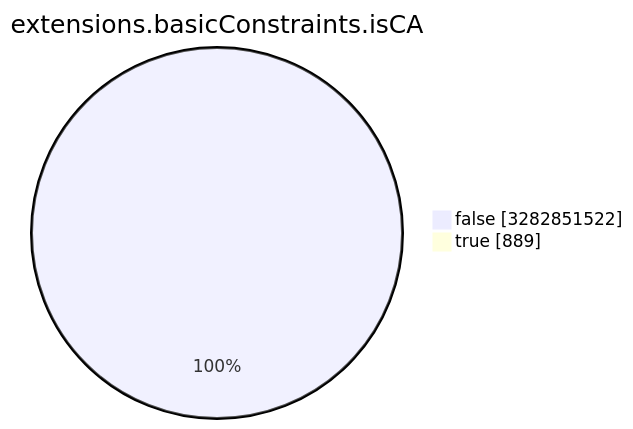
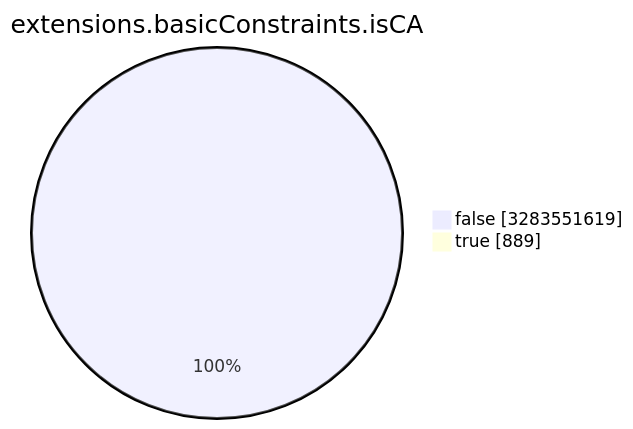
One commit to christiankrug/ctmonitor_visualization changed the seventh of 15 diagrams in TOTAL/README.md. Above: the diagram before and after it, drawn with Mermaid. The commit also changed other lines of this file, not shown here.

````diff
--- a/TOTAL/README.md
+++ b/TOTAL/README.md
@@ -3089,6 +3089,6 @@
 ```mermaid
 pie showData
 title extensions.basicConstraints.isCA
-"false" :3282851522
+"false" :3283551619
 "true" :889
 ```
````
